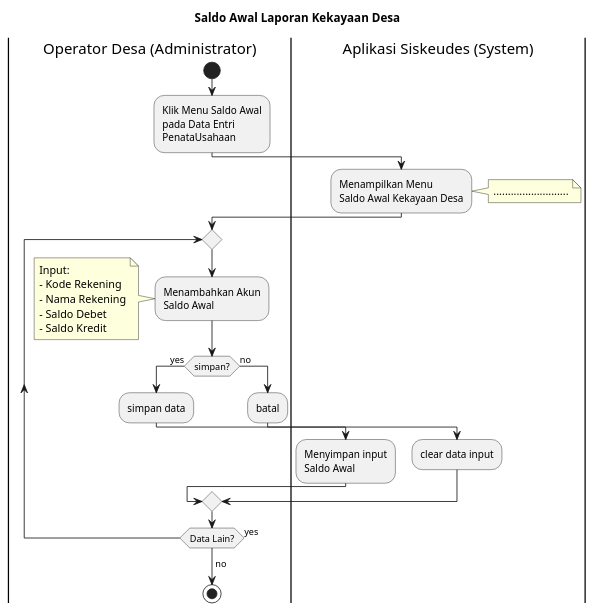
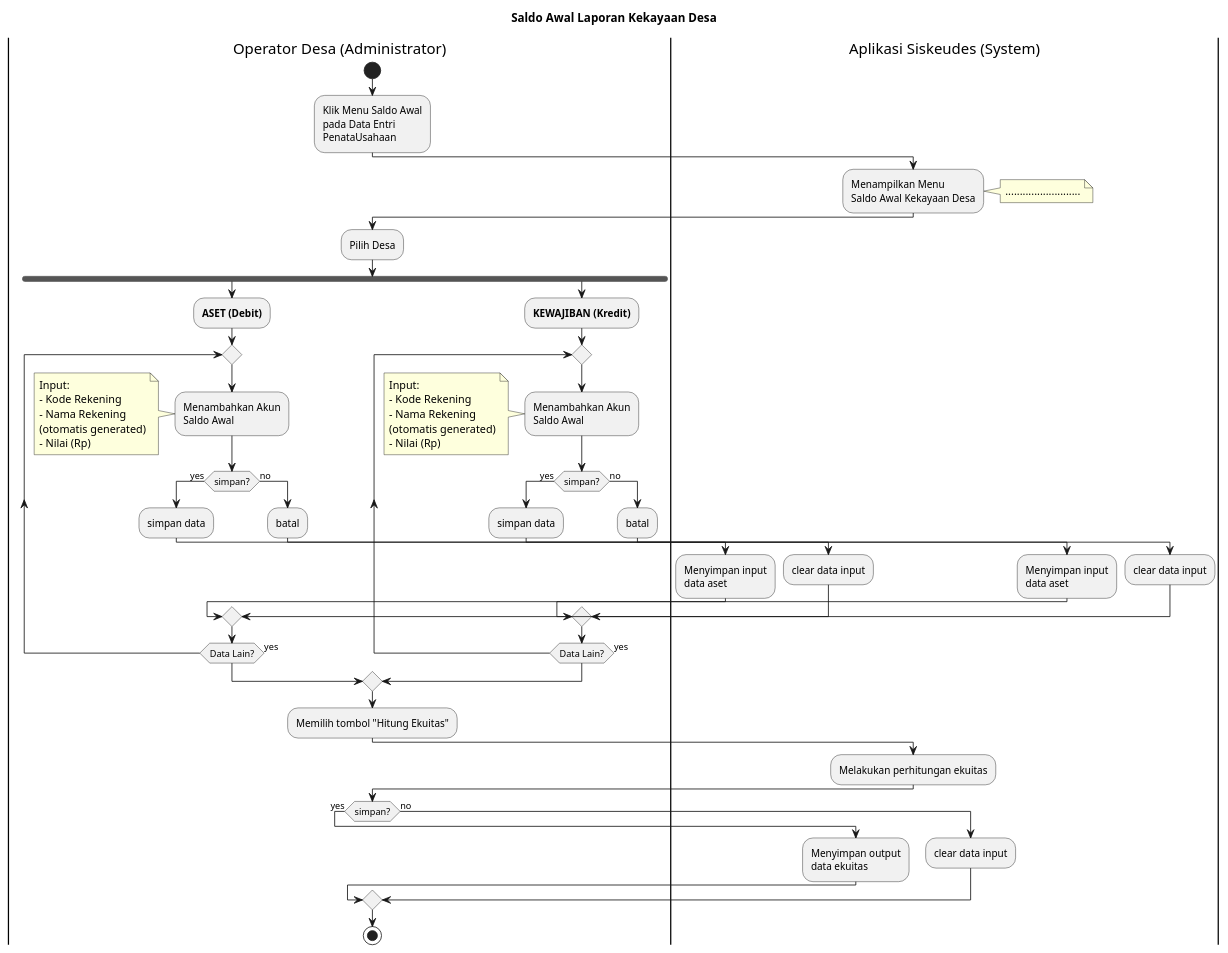
One commit to diancahyadi86/ProbisSiskudesWeb changed the diagram in Act Diagram/TU0_Saldo Awal.puml. Above: the diagram before and after it, drawn with PlantUML.

Commit message:
mengupdate probis saldo awal

```diff
--- a/Act Diagram/TU0_Saldo Awal.puml
+++ b/Act Diagram/TU0_Saldo Awal.puml
@@ -1,42 +1,86 @@
 @startuml
 title "Saldo Awal Laporan Kekayaan Desa"
 |Operator Desa (Administrator)|
 start
 :Klik Menu Saldo Awal
-pada Data Entri 
+pada Data Entri
 PenataUsahaan;
 
 |Aplikasi Siskeudes (System)|
 :Menampilkan Menu
 Saldo Awal Kekayaan Desa;
 note right
     ..........................
 end note
+
 |Operator Desa (Administrator)|
-repeat
-    :Menambahkan Akun
-    Saldo Awal;
-    note left
-        Input:
-        - Kode Rekening
-        - Nama Rekening
-        - Saldo Debet
-        - Saldo Kredit
-    end note
+:Pilih Desa;
+fork
+    :**ASET (Debit)**;
+    repeat
+        :Menambahkan Akun
+        Saldo Awal;
+        note left
+            Input:
+            - Kode Rekening
+            - Nama Rekening
+            (otomatis generated)
+            - Nilai (Rp)
+        end note
+        if (simpan?) then (yes)
+            :simpan data;
+            |Aplikasi Siskeudes (System)|
+            :Menyimpan input
+            data aset;
+
+        else (no)
+            |Operator Desa (Administrator)|
+            :batal;
+            |Aplikasi Siskeudes (System)|
+            :clear data input;
+        endif
+        |Operator Desa (Administrator)|
+    repeat while (Data Lain?) is (yes)
+    ->no;
+fork again
+    :**KEWAJIBAN (Kredit)**;
+    repeat
+        :Menambahkan Akun
+        Saldo Awal;
+        note left
+            Input:
+            - Kode Rekening
+            - Nama Rekening
+            (otomatis generated)
+            - Nilai (Rp)
+        end note
+        if (simpan?) then (yes)
+            :simpan data;
+            |Aplikasi Siskeudes (System)|
+            :Menyimpan input
+            data aset;
+
+        else (no)
+            |Operator Desa (Administrator)|
+            :batal;
+            |Aplikasi Siskeudes (System)|
+            :clear data input;
+        endif
+        |Operator Desa (Administrator)|
+    repeat while (Data Lain?) is (yes)
+    ->no;
+    endmerge
+    :Memilih tombol "Hitung Ekuitas";
+    |Aplikasi Siskeudes (System)|
+    :Melakukan perhitungan ekuitas;
+    |Operator Desa (Administrator)|
     if (simpan?) then (yes)
-        :simpan data;
         |Aplikasi Siskeudes (System)|
-        :Menyimpan input
-        Saldo Awal;
-
+        :Menyimpan output
+        data ekuitas;
     else (no)
-        |Operator Desa (Administrator)|
-        :batal;
-        |Aplikasi Siskeudes (System)|
         :clear data input;
     endif
     |Operator Desa (Administrator)|
-repeat while (Data Lain?) is (yes)
-->no;
-stop
-@enduml
+    stop
+    @enduml
```
